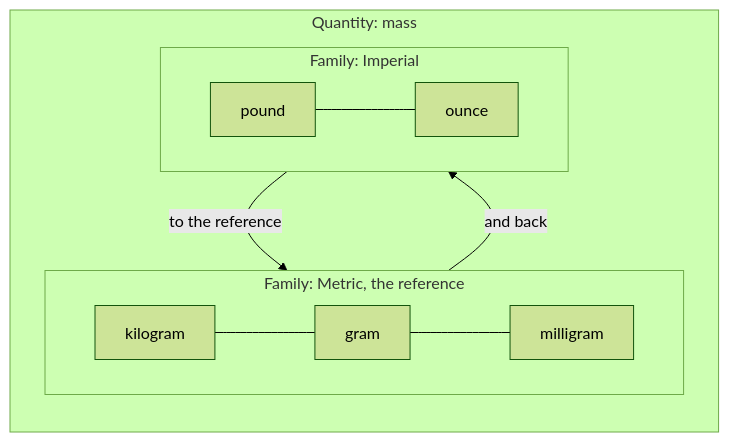
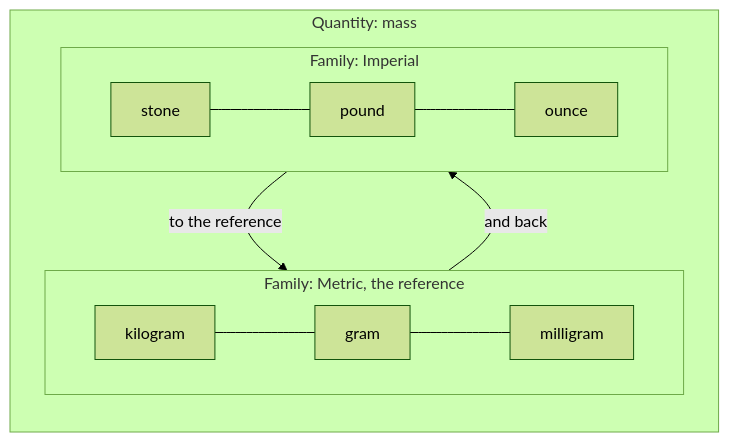
Before and after one commit to AlexandreGallais/synoptic-studio-spec: the third of 7 diagrams in metadata/05-units.md, drawn with Mermaid (forest theme). The commit also changed other lines of this file and 3 other files, not shown here.

````diff
--- a/metadata/05-units.md
+++ b/metadata/05-units.md
@@ -47,13 +47,13 @@
 ```mermaid
 flowchart LR
     subgraph Mass[Quantity: mass]
         subgraph G[Family: Metric, the reference]
             kg[kilogram] --- g[gram] --- mg[milligram]
         end
         subgraph P[Family: Imperial]
-            lb[pound] --- oz[ounce]
+            st[stone] --- lb[pound] --- oz[ounce]
         end
         P -- "to the reference" --> G
         G -- "and back" --> P
     end
 ```
````
